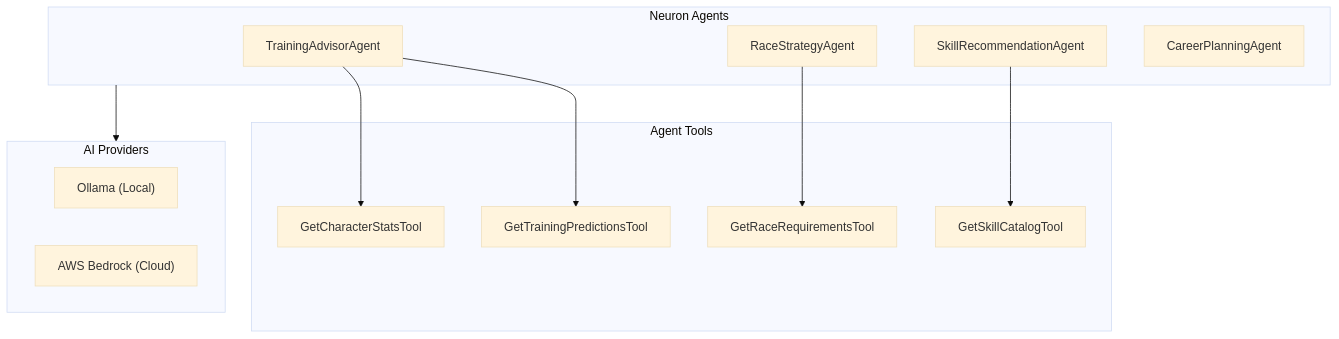
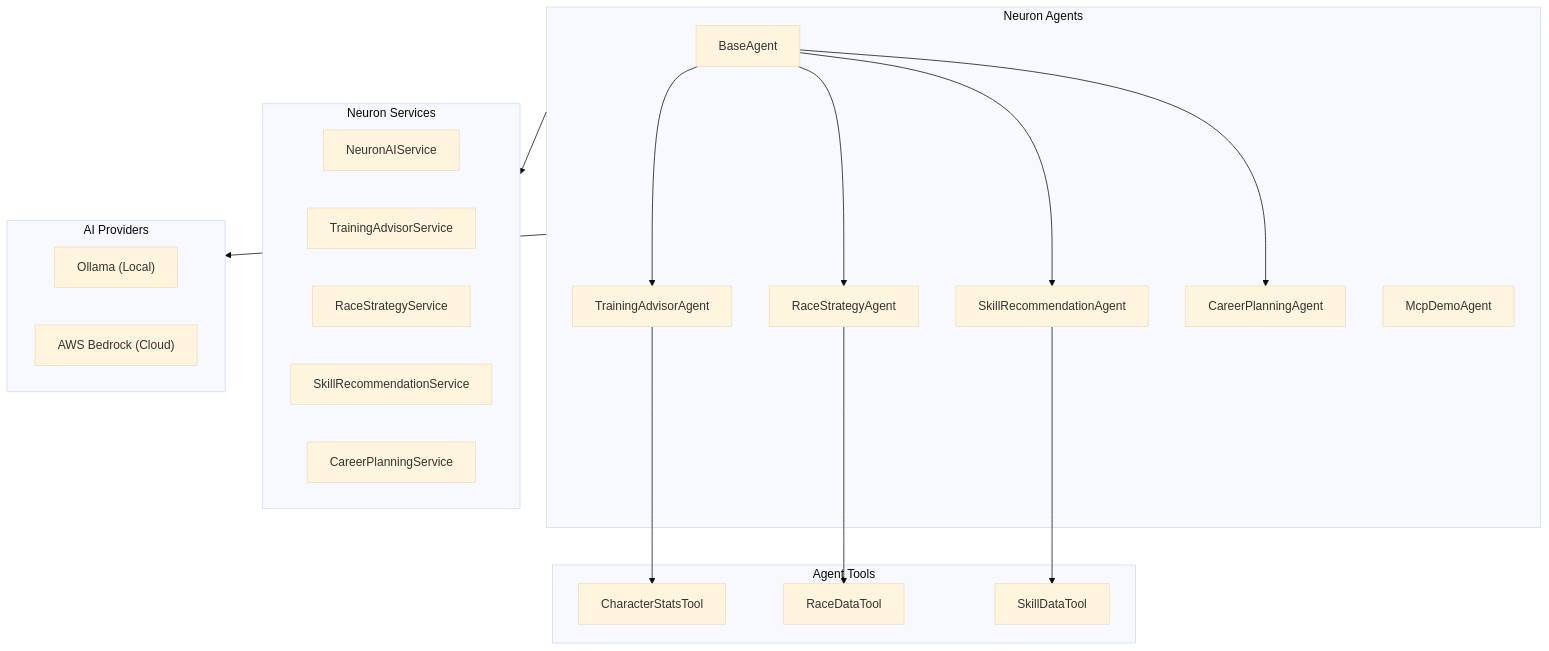
Before and after one commit to exatfrds67/umamusume-career-planner: the sixth of 12 diagrams in docs/00-core-docs/010_SCD_Source_Code_Documentation.md, drawn with Mermaid (base theme). The commit also changed other lines of this file and 1559 other files, not shown here.

````diff
--- a/docs/00-core-docs/010_SCD_Source_Code_Documentation.md
+++ b/docs/00-core-docs/010_SCD_Source_Code_Documentation.md
@@ -439,28 +465,41 @@
 ```mermaid
 flowchart TD
     subgraph Agents["Neuron Agents"]
+        BaseAgent["BaseAgent"]
         TrainingAgent["TrainingAdvisorAgent"]
         RaceAgent["RaceStrategyAgent"]
         SkillAgent["SkillRecommendationAgent"]
         CareerAgent["CareerPlanningAgent"]
+        McpDemo["McpDemoAgent"]
     end
     
     subgraph Tools["Agent Tools"]
-        StatsTool["GetCharacterStatsTool"]
-        PredictionTool["GetTrainingPredictionsTool"]
-        RaceTool["GetRaceRequirementsTool"]
-        SkillTool["GetSkillCatalogTool"]
+        StatsTool["CharacterStatsTool"]
+        RaceTool["RaceDataTool"]
+        SkillTool["SkillDataTool"]
+    end
+    
+    subgraph NeuronServices["Neuron Services"]
+        NeuronAIService["NeuronAIService"]
+        TrainingAdvisorService["TrainingAdvisorService"]
+        RaceStrategyService["RaceStrategyService"]
+        SkillRecommendationService["SkillRecommendationService"]
+        CareerPlanningService["CareerPlanningService"]
     end
     
     subgraph Providers["AI Providers"]
         Ollama["Ollama (Local)"]
         Bedrock["AWS Bedrock (Cloud)"]
     end
     
+    BaseAgent --> TrainingAgent
+    BaseAgent --> RaceAgent
+    BaseAgent --> SkillAgent
+    BaseAgent --> CareerAgent
     TrainingAgent --> StatsTool
-    TrainingAgent --> PredictionTool
     RaceAgent --> RaceTool
     SkillAgent --> SkillTool
     
+    Agents --> NeuronServices
     Agents --> Providers
 ```
````
